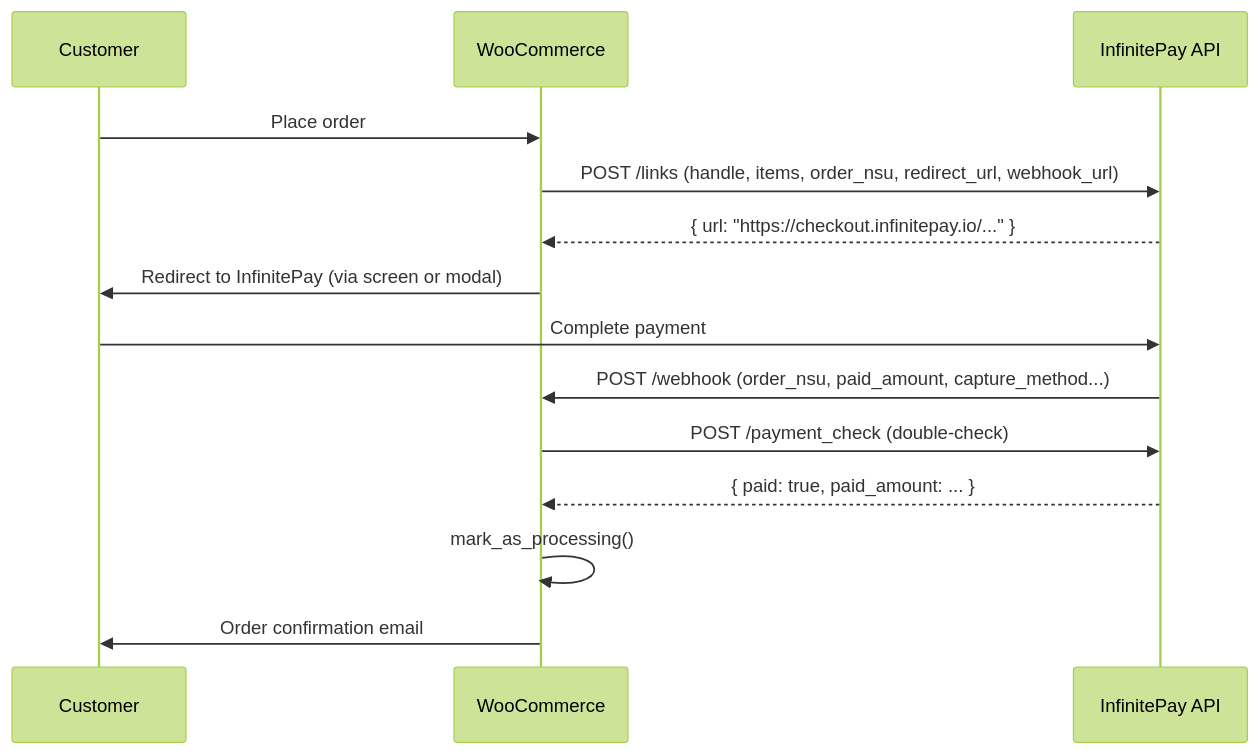
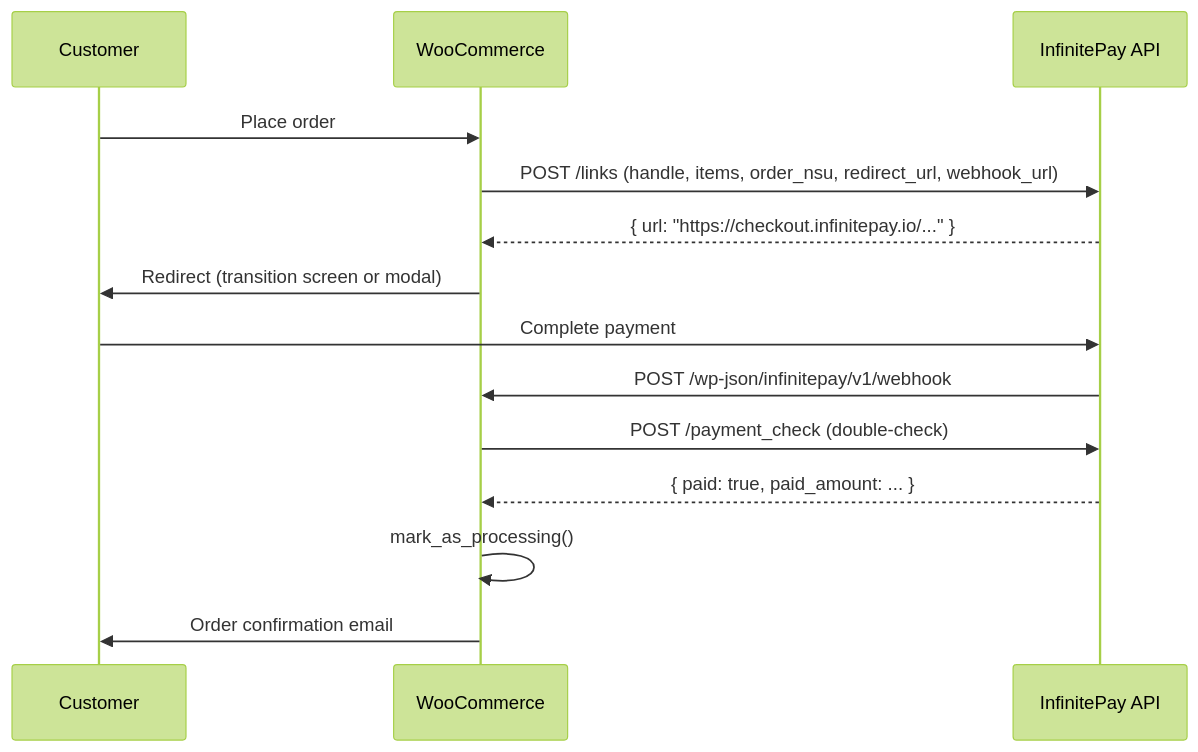
The first of 3 diagrams in docs/ARCHITECTURE.md (marcvlima/infinitepay-woocommerce), drawn with Mermaid (forest theme) before and after one commit. The commit also changed other lines of this file and 2 other files, not shown here.

First line of the commit message:
docs: README, readme.txt e diagramas arquiteturais completos

````diff
--- a/docs/ARCHITECTURE.md
+++ b/docs/ARCHITECTURE.md
@@ -34,17 +59,17 @@
 ```mermaid
 sequenceDiagram
     participant C as Customer
     participant WC as WooCommerce
     participant IP as InfinitePay API
 
     C->>WC: Place order
     WC->>IP: POST /links (handle, items, order_nsu, redirect_url, webhook_url)
     IP-->>WC: { url: "https://checkout.infinitepay.io/..." }
-    WC->>C: Redirect to InfinitePay (via screen or modal)
+    WC->>C: Redirect (transition screen or modal)
     C->>IP: Complete payment
-    IP->>WC: POST /webhook (order_nsu, paid_amount, capture_method...)
+    IP->>WC: POST /wp-json/infinitepay/v1/webhook
     WC->>IP: POST /payment_check (double-check)
     IP-->>WC: { paid: true, paid_amount: ... }
     WC->>WC: mark_as_processing()
     WC->>C: Order confirmation email
 ```
````
